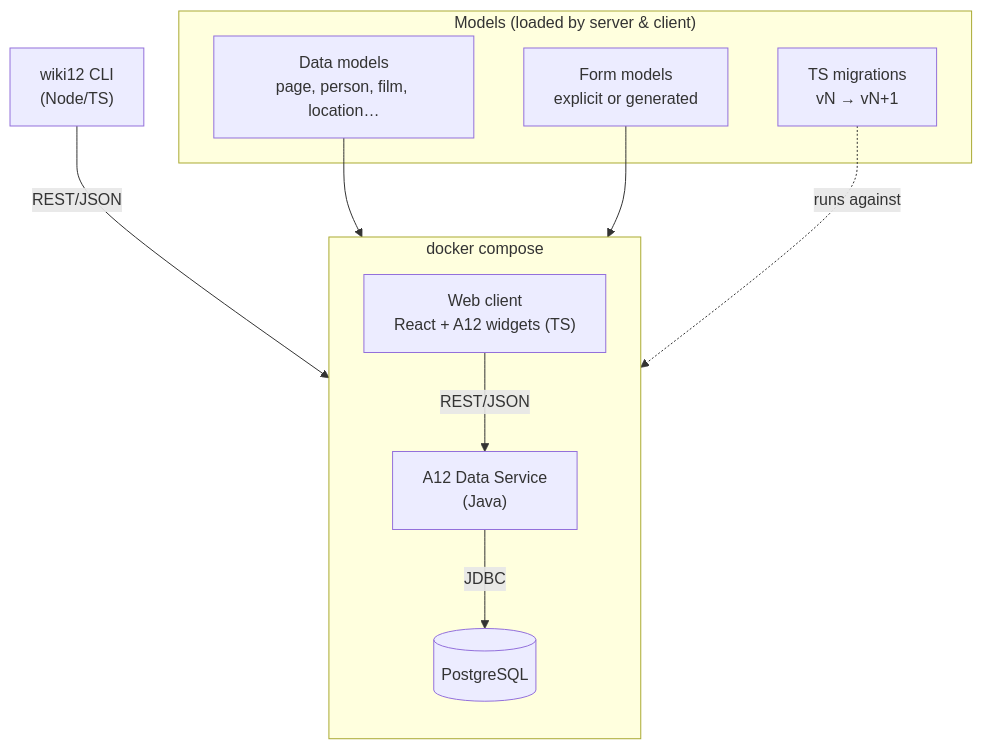
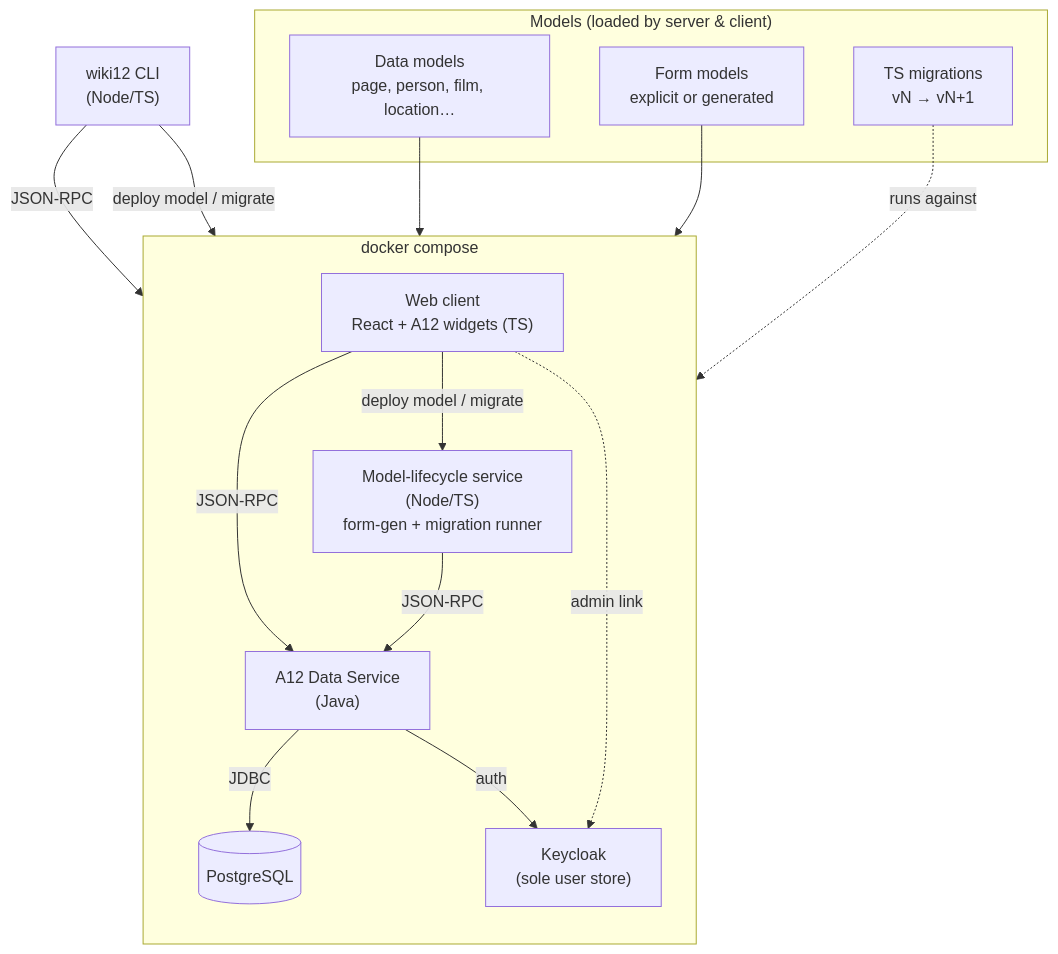
One commit to tillg/wiki12 changed the first of 4 diagrams in specs/changes/basic_setup/architecture.md. Above: the diagram before and after it, drawn with Mermaid. The commit also changed other lines of this file and 10 other files, not shown here.

````diff
--- a/specs/changes/basic_setup/architecture.md
+++ b/specs/changes/basic_setup/architecture.md
@@ -22,23 +24,30 @@
 ```mermaid
 flowchart TB
     subgraph Compose["docker compose"]
         direction TB
         Client["Web client<br/>React + A12 widgets (TS)"]
         Server["A12 Data Service<br/>(Java)"]
+        Node["Model-lifecycle service<br/>(Node/TS)<br/>form-gen + migration runner"]
+        Keycloak["Keycloak<br/>(sole user store)"]
         DB[("PostgreSQL")]
     end
     CLI["wiki12 CLI<br/>(Node/TS)"]
 
-    Client -->|REST/JSON| Server
-    CLI -->|REST/JSON| Server
+    Client -->|JSON-RPC| Server
+    CLI -->|JSON-RPC| Server
+    Client -->|deploy model / migrate| Node
+    CLI -->|deploy model / migrate| Node
+    Node -->|JSON-RPC| Server
     Server -->|JDBC| DB
+    Server -->|auth| Keycloak
+    Client -.->|admin link| Keycloak
 
     subgraph Models["Models (loaded by server & client)"]
         DataModels["Data models<br/>page, person, film, location…"]
         FormModels["Form models<br/>explicit or generated"]
         Migrations["TS migrations<br/>vN → vN+1"]
     end
     DataModels --> Server
     FormModels --> Client
     Migrations -.runs against.-> Server
 ```
````
